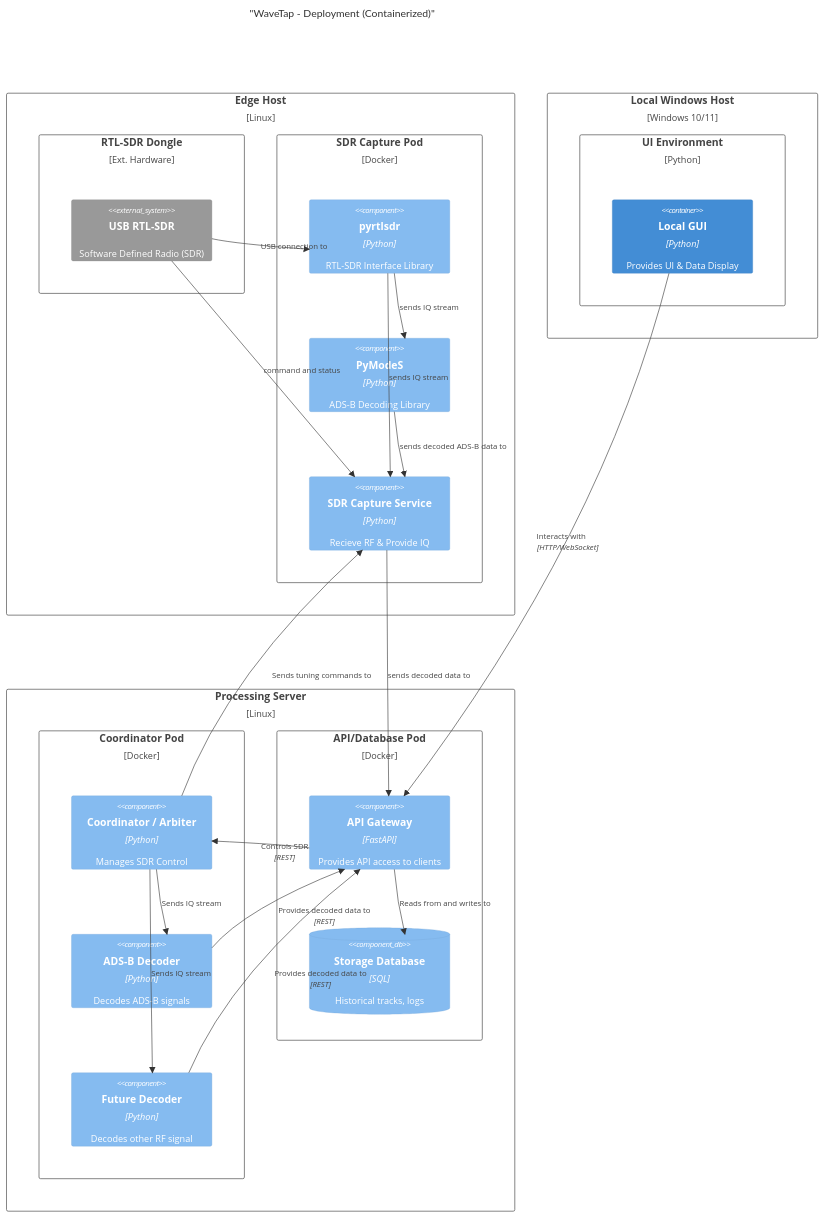
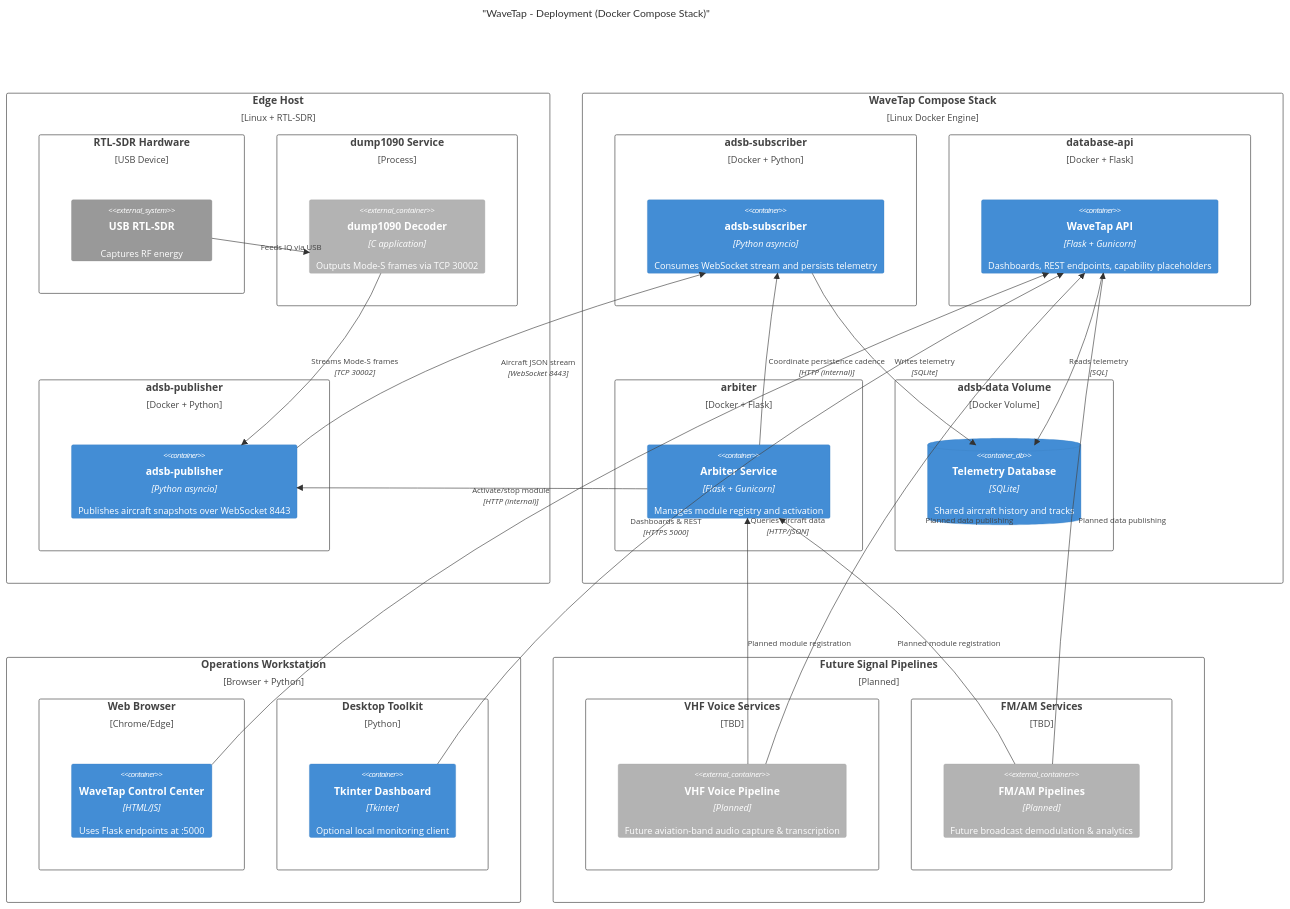
Before and after one commit to bwharris1125/WaveTap_SDR: the diagram in documentation/diagrams/04_c4_deployment.mmd, drawn with Mermaid. The commit also changed 3 other files, not shown here.

```diff
--- a/documentation/diagrams/04_c4_deployment.mmd
+++ b/documentation/diagrams/04_c4_deployment.mmd
@@ -1,57 +1,61 @@
 C4Deployment
-title "WaveTap - Deployment (Containerized)"
+title "WaveTap - Deployment (Docker Compose Stack)"
 
-Deployment_Node(edge, "Edge Host", "Linux") {
-    Node(rtlsdr_usb, "RTL-SDR Dongle", "Ext. Hardware") {
-    System_Ext(sdr, "USB RTL-SDR", "Software Defined Radio (SDR)")
+Deployment_Node(edge_host, "Edge Host", "Linux + RTL-SDR") {
+    Node(rtlsdr_hw, "RTL-SDR Hardware", "USB Device") {
+        System_Ext(rtlsdr, "USB RTL-SDR", "Captures RF energy")
     }
-    Node(cap_pod, "SDR Capture Pod", "Docker") {
-        Component(pyrtlsdr, "pyrtlsdr", "Python", "RTL-SDR Interface Library")
-        Component(pymodes, "PyModeS", "Python", "ADS-B Decoding Library")
-        Component(sdr_cap, "SDR Capture Service", "Python", "Recieve RF & Provide IQ")
+    Node(dump_srv, "dump1090 Service", "Process") {
+        Container_Ext(dump1090, "dump1090 Decoder", "C application", "Outputs Mode-S frames via TCP 30002")
+    }
+    Node(pub_container, "adsb-publisher", "Docker + Python") {
+        Container(publisher, "adsb-publisher", "Python asyncio", "Publishes aircraft snapshots over WebSocket 8443")
     }
 }
 
-Deployment_Node(local, "Local Windows Host", "Windows 10/11") {
-    Node(ui_dev, "UI Environment", "Python") {
-        Container(ui, "Local GUI", "Python", "Provides UI & Data Display")
+Deployment_Node(compose_stack, "WaveTap Compose Stack", "Linux Docker Engine") {
+    Node(sub_container, "adsb-subscriber", "Docker + Python") {
+        Container(subscriber, "adsb-subscriber", "Python asyncio", "Consumes WebSocket stream and persists telemetry")
+    }
+    Node(api_container, "database-api", "Docker + Flask") {
+        Container(api, "WaveTap API", "Flask + Gunicorn", "Dashboards, REST endpoints, capability placeholders")
+    }
+    Node(arb_container, "arbiter", "Docker + Flask") {
+        Container(arbiter, "Arbiter Service", "Flask + Gunicorn", "Manages module registry and activation")
+    }
+    Node(db_volume, "adsb-data Volume", "Docker Volume") {
+        ContainerDb(sqlite, "Telemetry Database", "SQLite", "Shared aircraft history and tracks")
     }
 }
 
-Deployment_Node(standalone, "Processing Server", "Linux") {
-    %% Node(msg, "Message Bus", "NATS/Kafka") {
-    %%     Component(msg_bus, "Message Bus", "Handles IQ data streams")
-    %% } %% TODO: evaluate if this is needed on diagram or if this is what makes sense to use
-    Node(coord_pod, "Coordinator Pod", "Docker") {
-        Component(arb, "Coordinator / Arbiter", "Python", "Manages SDR Control")
-        Component(dec_adsb, "ADS-B Decoder", "Python", "Decodes ADS-B signals")
-        Component(dec_fm, "Future Decoder", "Python", "Decodes other RF signal")
+Deployment_Node(client_env, "Operations Workstation", "Browser + Python") {
+    Node(browser, "Web Browser", "Chrome/Edge") {
+        Container(ui_web, "WaveTap Control Center", "HTML/JS", "Uses Flask endpoints at :5000")
     }
-    Node(db_pod, "API/Database Pod", "Docker") {
-        Component(api, "API Gateway", "FastAPI", "Provides API access to clients")
-        ComponentDb(db, "Storage Database", "SQL", "Historical tracks, logs")
+    Node(desktop_tools, "Desktop Toolkit", "Python") {
+        Container(ui_tk, "Tkinter Dashboard", "Tkinter", "Optional local monitoring client")
     }
 }
 
+Deployment_Node(future_stack, "Future Signal Pipelines", "Planned") {
+    Node(vhf_node, "VHF Voice Services", "TBD") {
+        Container_Ext(vhf_service, "VHF Voice Pipeline", "Planned", "Future aviation-band audio capture & transcription")
+    }
+    Node(broadcast_node, "FM/AM Services", "TBD") {
+        Container_Ext(broadcast_service, "FM/AM Pipelines", "Planned", "Future broadcast demodulation & analytics")
+    }
+}
 
-Rel(sdr, sdr_cap, "command and status")
-Rel(sdr, pyrtlsdr, "USB connection to")
-Rel(pyrtlsdr, sdr_cap, "sends IQ stream")
-Rel(pyrtlsdr, pymodes, "sends IQ stream")
-Rel(pymodes, sdr_cap, "sends decoded ADS-B data to")
-
-%% Rel(sdr_cap, msg_bus, "Publishes IQ data to")
-%% Rel(dec_adsb, msg_bus, "Subscribes to IQ data")
-%% Rel(dec_fm, msg_bus, "Subscribes to IQ data")
-
-Rel(sdr_cap, api, "sends decoded data to")
-Rel(api, db, "Reads from and writes to")
-Rel(api, arb, "Controls SDR", "REST")
-Rel(ui, api, "Interacts with", "HTTP/WebSocket")
-
-Rel(arb, sdr_cap, "Sends tuning commands to")
-Rel(arb, dec_fm, "Sends IQ stream")
-Rel(arb, dec_adsb, "Sends IQ stream")
-
-Rel(dec_adsb, api, "Provides decoded data to", "REST")
-Rel(dec_fm, api, "Provides decoded data to", "REST")
+Rel(rtlsdr, dump1090, "Feeds IQ via USB")
+Rel(dump1090, publisher, "Streams Mode-S frames", "TCP 30002")
+Rel(publisher, subscriber, "Aircraft JSON stream", "WebSocket 8443")
+Rel(subscriber, sqlite, "Writes telemetry", "SQLite")
+Rel(api, sqlite, "Reads telemetry", "SQL")
+Rel(arbiter, publisher, "Activate/stop module", "HTTP (internal)")
+Rel(arbiter, subscriber, "Coordinate persistence cadence", "HTTP (internal)")
+Rel(ui_web, api, "Dashboards & REST", "HTTPS 5000")
+Rel(ui_tk, api, "Queries aircraft data", "HTTP/JSON")
+Rel(vhf_service, arbiter, "Planned module registration")
+Rel(vhf_service, api, "Planned data publishing")
+Rel(broadcast_service, arbiter, "Planned module registration")
+Rel(broadcast_service, api, "Planned data publishing")
```
